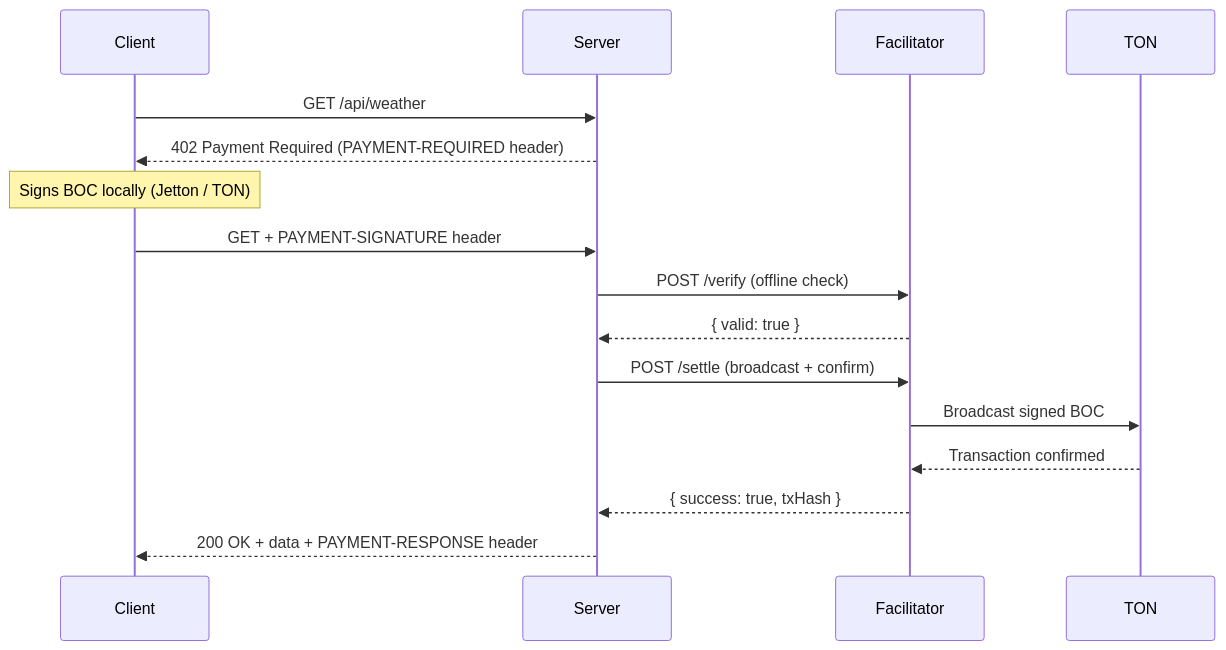
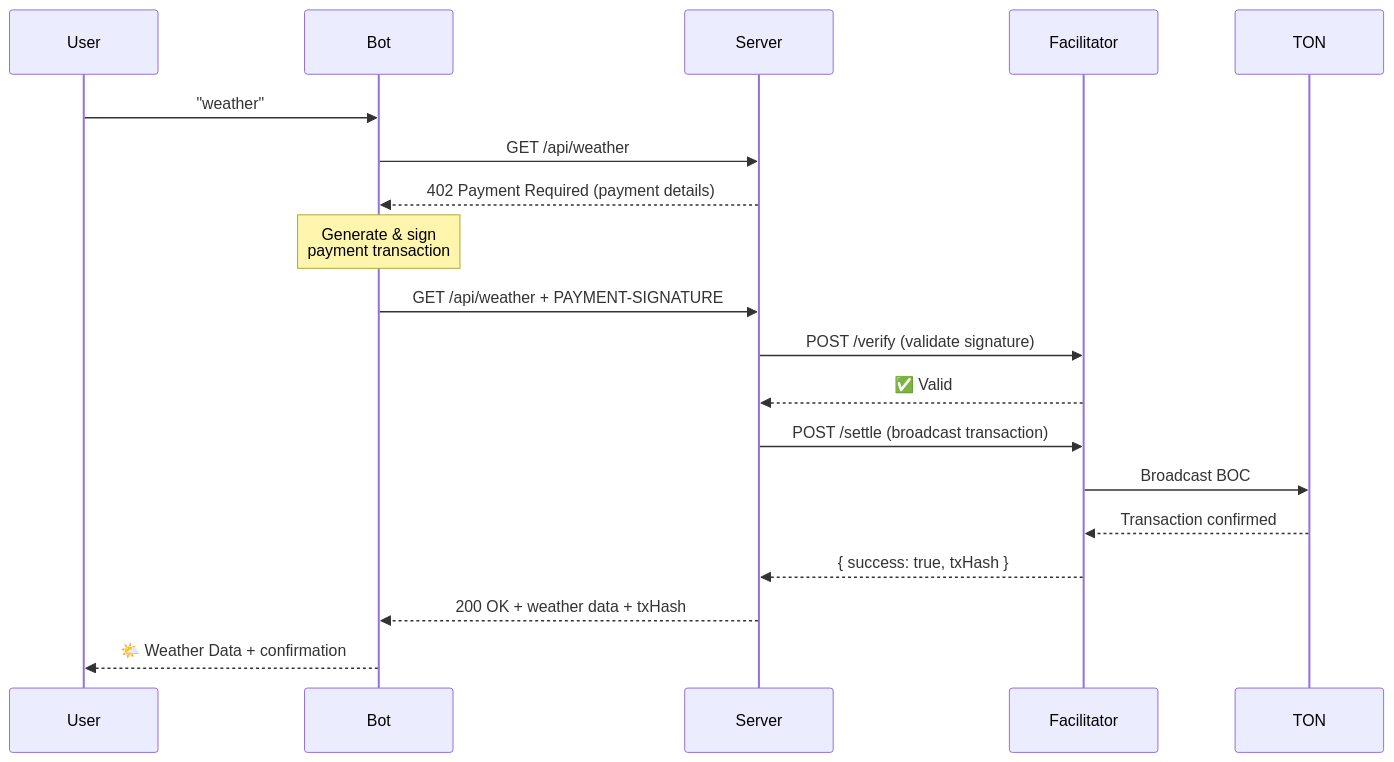
The diagram in README.md (DAVIDshenghuei/BSA---EPFL-Stablecoins-Payments-Hackathon), drawn with Mermaid before and after one commit. The commit also changed other lines of this file, not shown here.

````diff
--- a/README.md
+++ b/README.md
@@ -327,23 +259,26 @@
 ```mermaid
 sequenceDiagram
-    participant Client
+    participant User
+    participant Bot
     participant Server
     participant Facilitator
     participant TON
 
-    Client->>Server: GET /api/weather
-    Server-->>Client: 402 Payment Required (PAYMENT-REQUIRED header)
-
-    Note over Client: Signs BOC locally (Jetton / TON)
-
-    Client->>Server: GET + PAYMENT-SIGNATURE header
-    Server->>Facilitator: POST /verify (offline check)
-    Facilitator-->>Server: { valid: true }
-
-    Server->>Facilitator: POST /settle (broadcast + confirm)
-    Facilitator->>TON: Broadcast signed BOC
+    User->>Bot: "weather"
+    Bot->>Server: GET /api/weather
+    Server-->>Bot: 402 Payment Required (payment details)
+    
+    Note over Bot: Generate & sign<br/>payment transaction
+    
+    Bot->>Server: GET /api/weather + PAYMENT-SIGNATURE
+    Server->>Facilitator: POST /verify (validate signature)
+    Facilitator-->>Server: ✅ Valid
+    
+    Server->>Facilitator: POST /settle (broadcast transaction)
+    Facilitator->>TON: Broadcast BOC
     TON-->>Facilitator: Transaction confirmed
     Facilitator-->>Server: { success: true, txHash }
-
-    Server-->>Client: 200 OK + data + PAYMENT-RESPONSE header
+    
+    Server-->>Bot: 200 OK + weather data + txHash
+    Bot-->>User: 🌤️ Weather Data + confirmation
 ```
````
